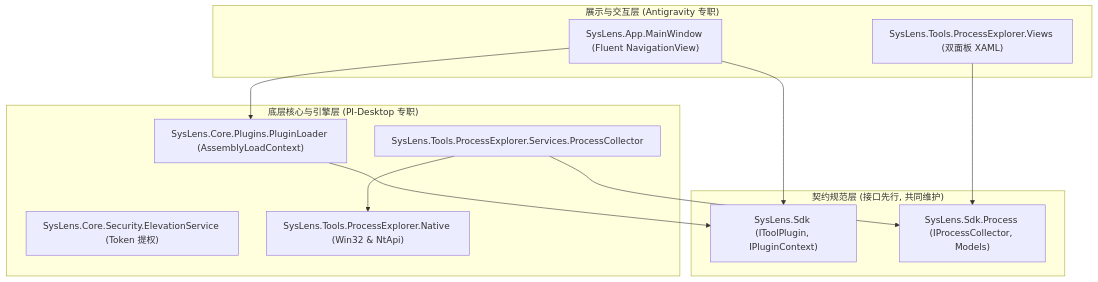
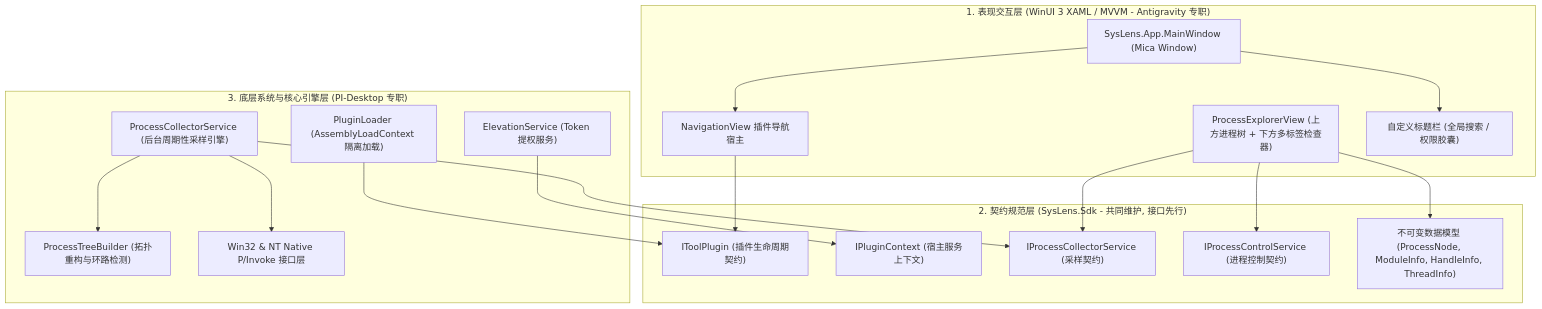
The first of 3 diagrams in docs/ARCHITECTURE.md (ArturiaGit/SysLens), drawn with Mermaid before and after one commit. The commit also changed other lines of this file and 24 other files, not shown here.

````diff
--- a/docs/ARCHITECTURE.md
+++ b/docs/ARCHITECTURE.md
@@ -7,26 +7,38 @@
 ```mermaid
 graph TD
-    subgraph UI Layer ["展示与交互层 (Antigravity 专职)"]
-        MainWindow["SysLens.App.MainWindow (Fluent NavigationView)"]
-        PEView["SysLens.Tools.ProcessExplorer.Views (双面板 XAML)"]
+    subgraph Presentation ["1. 表现交互层 (WinUI 3 XAML / MVVM - Antigravity 专职)"]
+        MainWindow["SysLens.App.MainWindow (Mica Window)"]
+        NavHost["NavigationView 插件导航宿主"]
+        PEView["ProcessExplorerView (上方进程树 + 下方多标签检查器)"]
+        TitleBarWidget["自定义标题栏 (全局搜索 / 权限胶囊)"]
     end
 
-    subgraph SDK Layer ["契约规范层 (接口先行, 共同维护)"]
-        PluginSdk["SysLens.Sdk (IToolPlugin, IPluginContext)"]
-        EngineSdk["SysLens.Sdk.Process (IProcessCollector, Models)"]
+    subgraph Contract ["2. 契约规范层 (SysLens.Sdk - 共同维护, 接口先行)"]
+        IToolPlugin["IToolPlugin (插件生命周期契约)"]
+        IPluginContext["IPluginContext (宿主服务上下文)"]
+        IProcCollector["IProcessCollectorService (采样契约)"]
+        IProcControl["IProcessControlService (进程控制契约)"]
+        DTOs["不可变数据模型 (ProcessNode, ModuleInfo, HandleInfo, ThreadInfo)"]
     end
 
-    subgraph Core Layer ["底层核心与引擎层 (PI-Desktop 专职)"]
-        Loader["SysLens.Core.Plugins.PluginLoader (AssemblyLoadContext)"]
-        Elevation["SysLens.Core.Security.ElevationService (Token 提权)"]
-        Collector["SysLens.Tools.ProcessExplorer.Services.ProcessCollector"]
-        Native["SysLens.Tools.ProcessExplorer.Native (Win32 & NtApi)"]
+    subgraph CoreEngine ["3. 底层系统与核心引擎层 (PI-Desktop 专职)"]
+        Loader["PluginLoader (AssemblyLoadContext 隔离加载)"]
+        Elevation["ElevationService (Token 提权服务)"]
+        Collector["ProcessCollectorService (后台周期性采样引擎)"]
+        TreeBuilder["ProcessTreeBuilder (拓扑重构与环路检测)"]
+        NativeWrapper["Win32 & NT Native P/Invoke 接口层"]
     end
 
-    MainWindow --> PluginSdk
-    MainWindow --> Loader
-    PEView --> EngineSdk
-    Collector --> EngineSdk
-    Collector --> Native
-    Loader --> PluginSdk
+    MainWindow --> NavHost
+    MainWindow --> TitleBarWidget
+    NavHost --> IToolPlugin
+    PEView --> IProcCollector
+    PEView --> IProcControl
+    PEView --> DTOs
+
+    Loader --> IToolPlugin
+    Elevation --> IPluginContext
+    Collector --> IProcCollector
+    Collector --> TreeBuilder
+    Collector --> NativeWrapper
 ```
````
